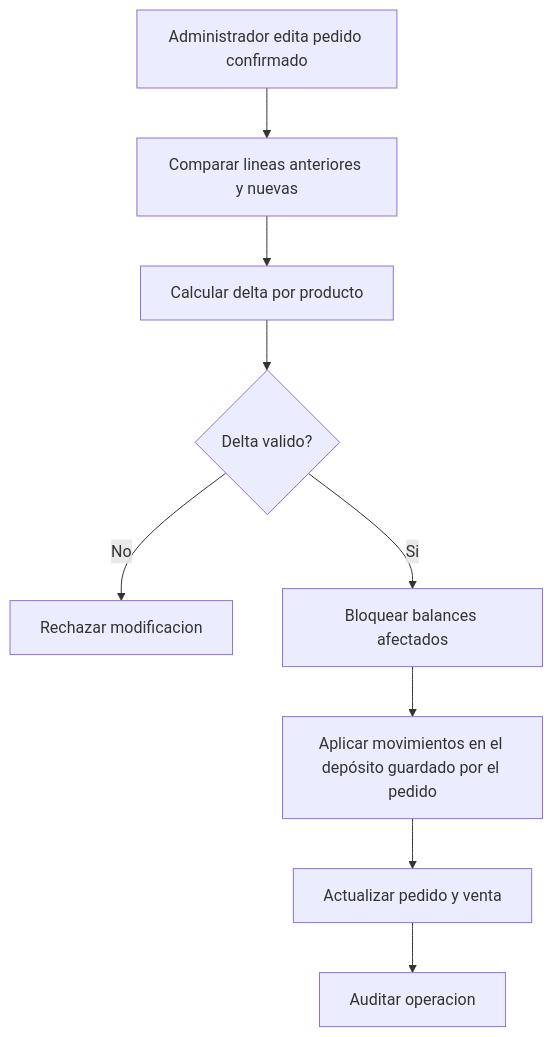
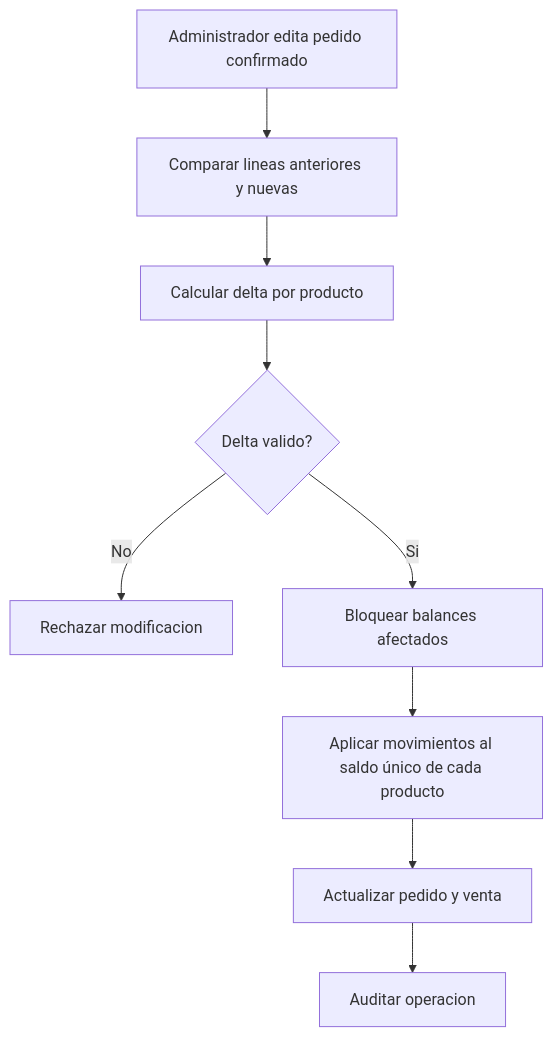
The diagram in docs/diagrams/inventory/flow-confirmed-order-delta.md (Martinrc93/distribuidoraCore), drawn with Mermaid before and after one commit. The commit also changed 53 other files, not shown here.

````diff
--- a/docs/diagrams/inventory/flow-confirmed-order-delta.md
+++ b/docs/diagrams/inventory/flow-confirmed-order-delta.md
@@ -3,11 +3,11 @@
 ```mermaid
 flowchart TD
     A[Administrador edita pedido confirmado] --> B[Comparar lineas anteriores y nuevas]
     B --> C[Calcular delta por producto]
     C --> D{Delta valido?}
     D -->|No| E[Rechazar modificacion]
     D -->|Si| F[Bloquear balances afectados]
-    F --> G[Aplicar movimientos en el depósito guardado por el pedido]
+    F --> G[Aplicar movimientos al saldo único de cada producto]
     G --> H[Actualizar pedido y venta]
     H --> I[Auditar operacion]
 ```
````
